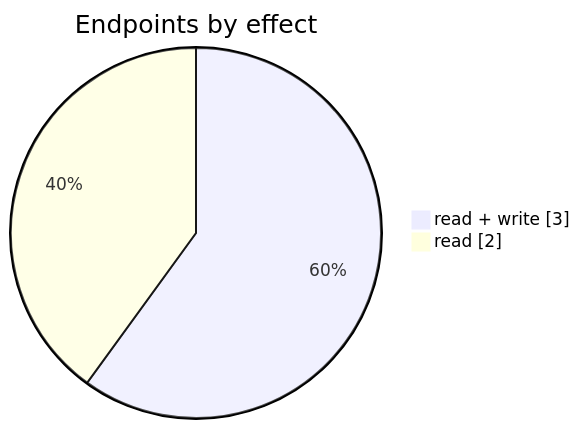
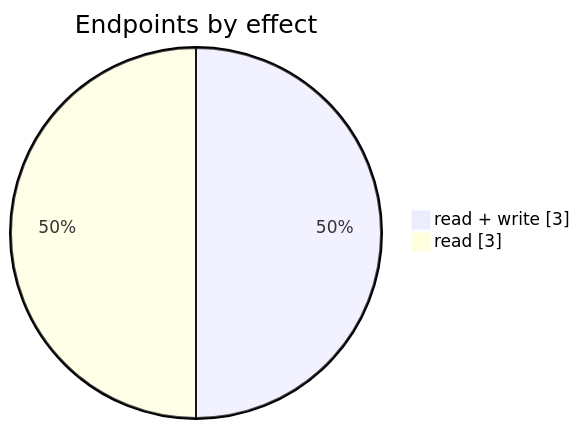
One commit to fightmilk808/cin7-core-rebuild changed the diagram in modules/12-integrations/google-workspaces/README.md. Above: the diagram before and after it, drawn with Mermaid. The commit also changed other lines of this file and 17 other files, not shown here.

````diff
--- a/modules/12-integrations/google-workspaces/README.md
+++ b/modules/12-integrations/google-workspaces/README.md
@@ -11,5 +11,5 @@
 ```mermaid
 pie showData title Endpoints by effect
     "read + write" : 3
-    "read" : 2
+    "read" : 3
 ```
````
